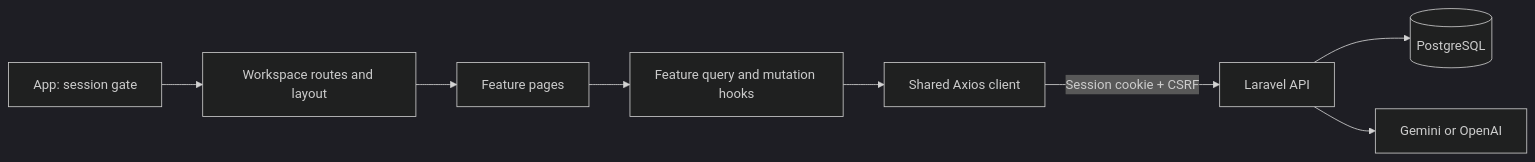
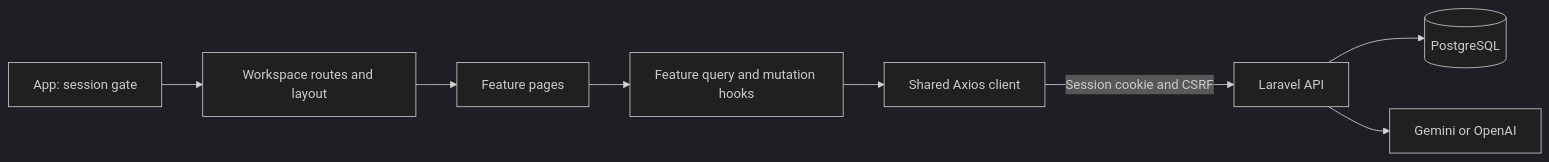
One commit to tamourax/CRMfrontend changed the diagram in README.md. Above: the diagram before and after it, drawn with Mermaid (dark theme).

Commit message:
docs: fix frontend architecture diagram rendering

````diff
--- a/README.md
+++ b/README.md
@@ -89,10 +89,10 @@
 ```mermaid
-flowchart LR
-    A[App: session gate] --> B[Workspace routes and layout]
-    B --> C[Feature pages]
-    C --> D[Feature query and mutation hooks]
-    D --> E[Shared Axios client]
-    E -->|Session cookie + CSRF| F[Laravel API]
-    F --> G[(PostgreSQL)]
-    F --> H[Gemini or OpenAI]
+graph LR
+    A["App: session gate"] --> B["Workspace routes and layout"]
+    B --> C["Feature pages"]
+    C --> D["Feature query and mutation hooks"]
+    D --> E["Shared Axios client"]
+    E -->|"Session cookie and CSRF"| F["Laravel API"]
+    F --> G[("PostgreSQL")]
+    F --> H["Gemini or OpenAI"]
 ```
````
